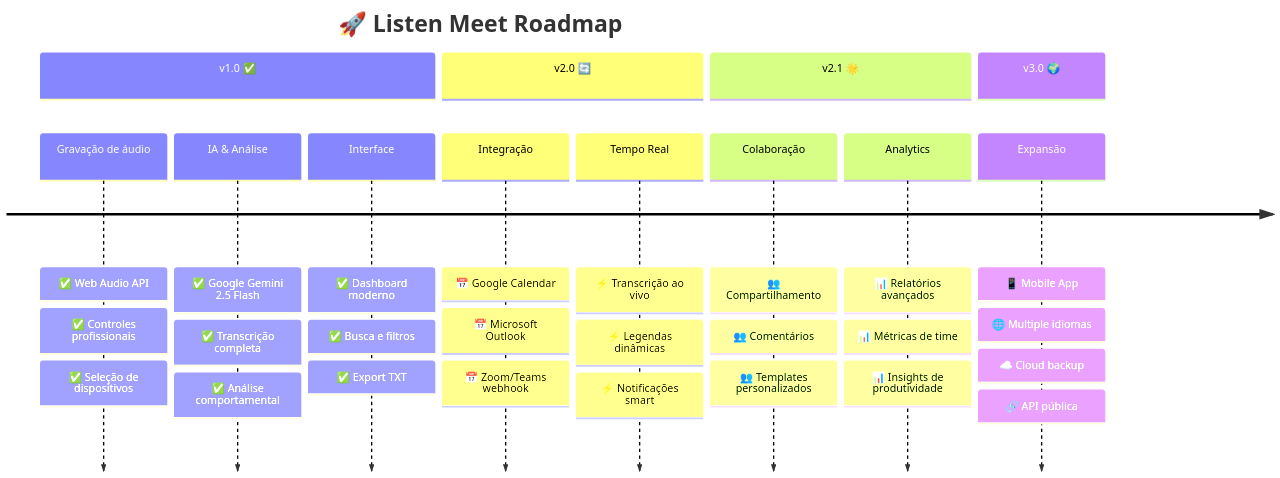
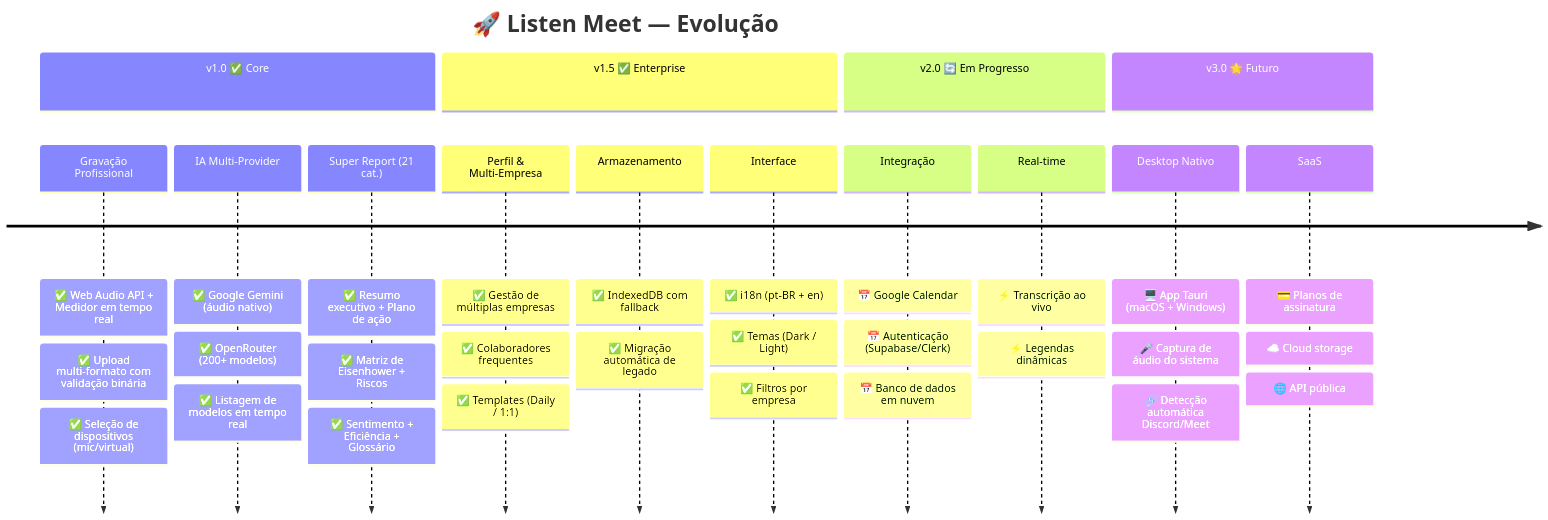
One commit to HigorGabs/listen-meet changed the second of 2 diagrams in README.md. Above: the diagram before and after it, drawn with Mermaid. The commit also changed other lines of this file and 28 other files, not shown here.

First line of the commit message:
feat: Super Report, user profile, multi-company, daily scrum, UX polish & dependency updates

````diff
--- a/README.md
+++ b/README.md
@@ -348,41 +491,46 @@
 ```mermaid
 timeline
-    title 🚀 Listen Meet Roadmap
-    
-    section v1.0 ✅
-        Gravação de áudio      : ✅ Web Audio API
-                                : ✅ Controles profissionais
-                                : ✅ Seleção de dispositivos
-        
-        IA & Análise          : ✅ Google Gemini 2.5 Flash
-                              : ✅ Transcrição completa
-                              : ✅ Análise comportamental
-        
-        Interface             : ✅ Dashboard moderno
-                              : ✅ Busca e filtros
-                              : ✅ Export TXT
-    
-    section v2.0 🔄
-        Integração            : 📅 Google Calendar
-                              : 📅 Microsoft Outlook
-                              : 📅 Zoom/Teams webhook
-        
-        Tempo Real            : ⚡ Transcrição ao vivo
-                              : ⚡ Legendas dinâmicas
-                              : ⚡ Notificações smart
-    
-    section v2.1 🌟
-        Colaboração           : 👥 Compartilhamento
-                              : 👥 Comentários
-                              : 👥 Templates personalizados
-        
-        Analytics             : 📊 Relatórios avançados
-                              : 📊 Métricas de time
-                              : 📊 Insights de produtividade
-    
-    section v3.0 🌍
-        Expansão              : 📱 Mobile App
-                              : 🌐 Multiple idiomas
-                              : ☁️ Cloud backup
-                              : 🔗 API pública
+    title 🚀 Listen Meet — Evolução
+
+    section v1.0 ✅ Core
+        Gravação Profissional    : ✅ Web Audio API + Medidor em tempo real
+                                  : ✅ Upload multi-formato com validação binária
+                                  : ✅ Seleção de dispositivos (mic/virtual)
+
+        IA Multi-Provider        : ✅ Google Gemini (áudio nativo)
+                                  : ✅ OpenRouter (200+ modelos)
+                                  : ✅ Listagem de modelos em tempo real
+
+        Super Report (21 cat.)   : ✅ Resumo executivo + Plano de ação
+                                  : ✅ Matriz de Eisenhower + Riscos
+                                  : ✅ Sentimento + Eficiência + Glossário
+
+    section v1.5 ✅ Enterprise
+        Perfil & Multi-Empresa   : ✅ Gestão de múltiplas empresas
+                                  : ✅ Colaboradores frequentes
+                                  : ✅ Templates (Daily / 1:1)
+
+        Armazenamento            : ✅ IndexedDB com fallback
+                                  : ✅ Migração automática de legado
+
+        Interface                : ✅ i18n (pt-BR + en)
+                                  : ✅ Temas (Dark / Light)
+                                  : ✅ Filtros por empresa
+
+    section v2.0 🔄 Em Progresso
+        Integração               : 📅 Google Calendar
+                                  : 📅 Autenticação (Supabase/Clerk)
+                                  : 📅 Banco de dados em nuvem
+
+        Real-time                : ⚡ Transcrição ao vivo
+                                  : ⚡ Legendas dinâmicas
+
+    section v3.0 🌟 Futuro
+        Desktop Nativo           : 🖥️ App Tauri (macOS + Windows)
+                                  : 🎤 Captura de áudio do sistema
+                                  : 🔗 Detecção automática Discord/Meet
+
+        SaaS                     : 💳 Planos de assinatura
+                                  : ☁️ Cloud storage
+                                  : 🌐 API pública
 ```
````
